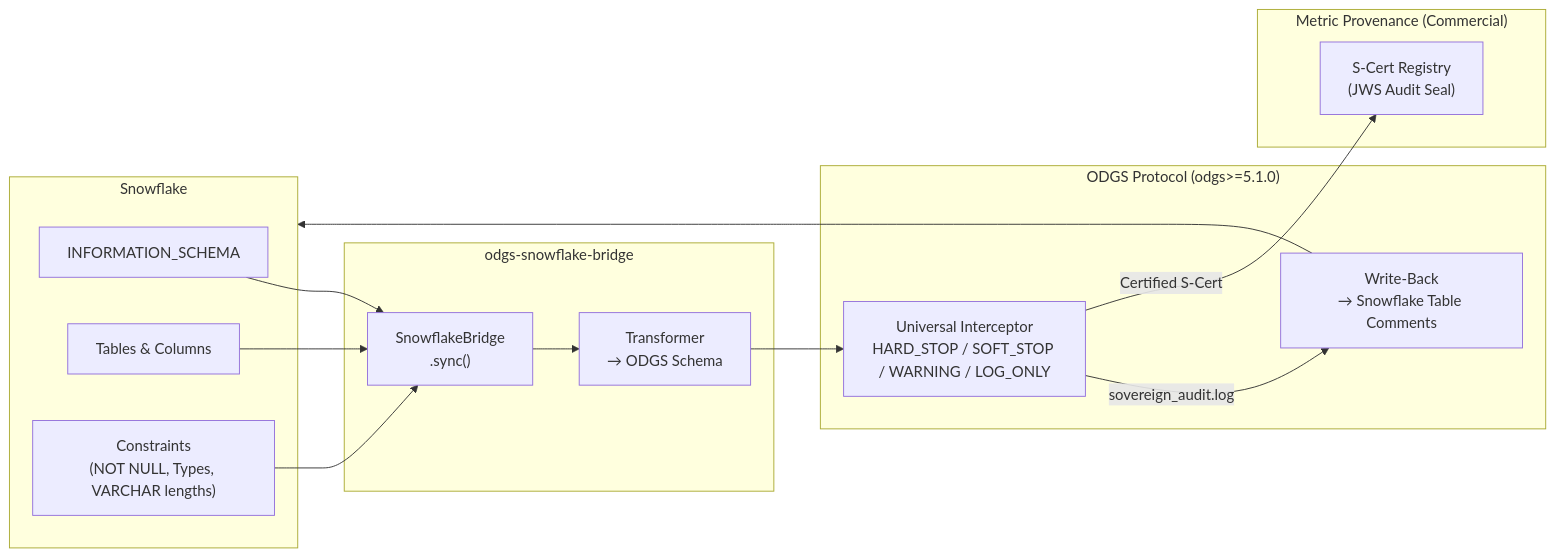
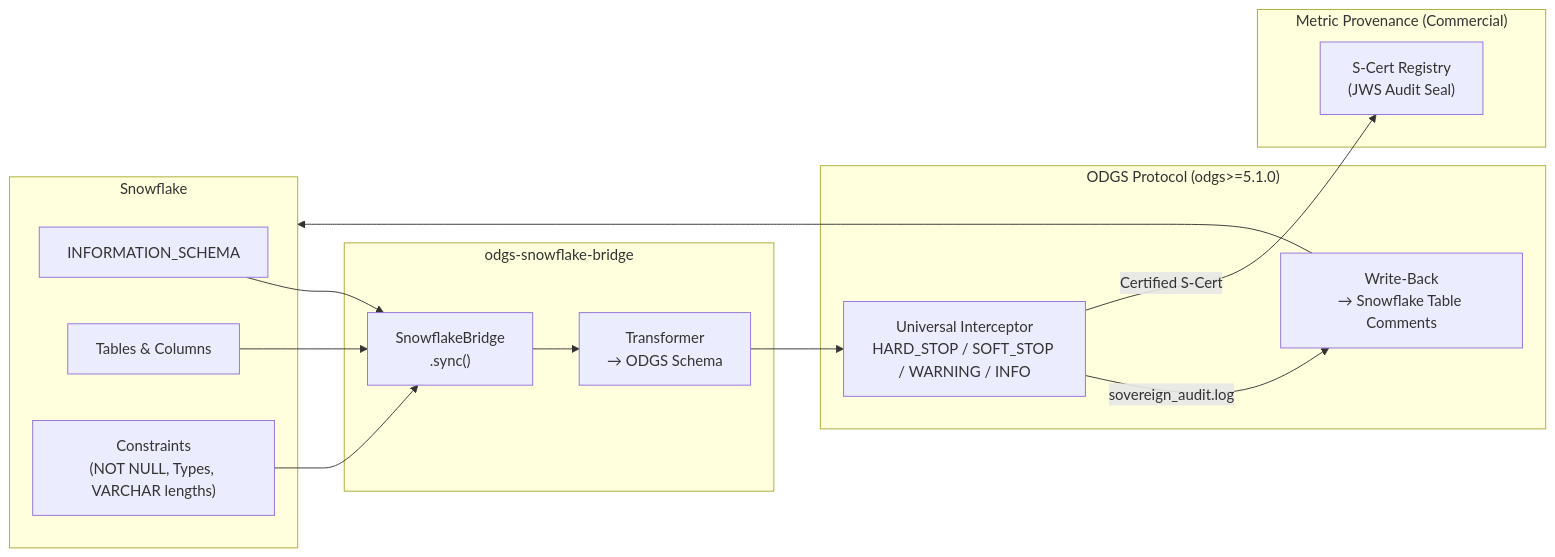
One commit to MetricProvenance/odgs-snowflake-bridge changed the diagram in README.md. Above: the diagram before and after it, drawn with Mermaid. The commit also changed other lines of this file and 9 other files, not shown here.

````diff
--- a/README.md
+++ b/README.md
@@ -26,26 +26,26 @@
 ```mermaid
 flowchart LR
     subgraph SF["Snowflake"]
         IS["INFORMATION_SCHEMA"]
         TBL["Tables & Columns"]
         CON["Constraints\n(NOT NULL, Types, VARCHAR lengths)"]
     end
 
     subgraph Bridge["odgs-snowflake-bridge"]
         T["SnowflakeBridge\n.sync()"]
         TR["Transformer\n→ ODGS Schema"]
     end
 
     subgraph ODGS["ODGS Protocol (odgs>=5.1.0)"]
-        I["Universal Interceptor\nHARD_STOP / SOFT_STOP / WARNING / LOG_ONLY"]
+        I["Universal Interceptor\nHARD_STOP / SOFT_STOP / WARNING / INFO"]
         WB["Write-Back\n→ Snowflake Table Comments"]
     end
 
     subgraph MP["Metric Provenance (Commercial)"]
         SC["S-Cert Registry\n(JWS Audit Seal)"]
     end
 
     IS & TBL & CON --> T --> TR --> I
     I -->|"sovereign_audit.log"| WB --> SF
     I -->|"Certified S-Cert"| SC
 ```
````
